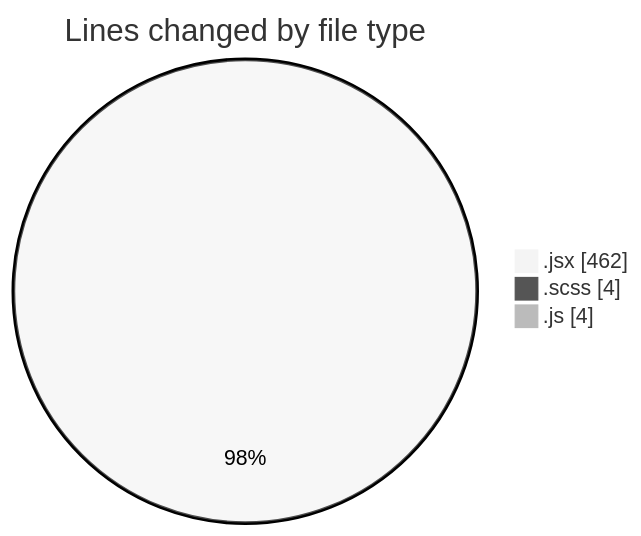
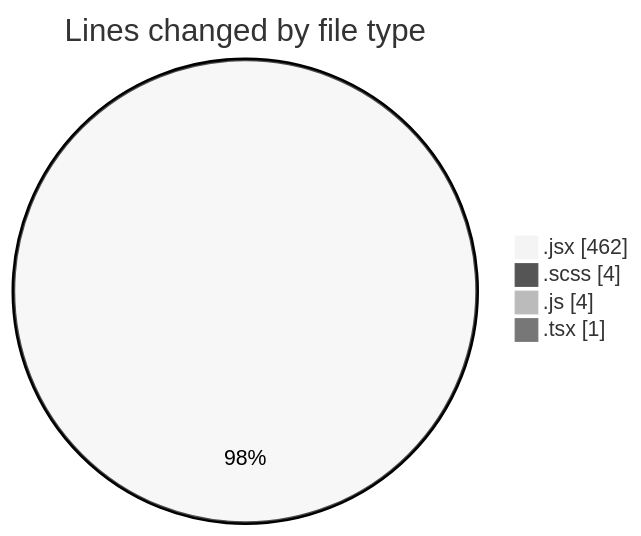
The first of 2 diagrams in 2025-06-04/cda/README.md (momahboobian/code-tracking), drawn with Mermaid (neutral theme) before and after one commit. The commit also changed other lines of this file and 1 other file, not shown here.

````diff
--- a/2025-06-04/cda/README.md
+++ b/2025-06-04/cda/README.md
@@ -23,7 +24,8 @@
 ```mermaid
 pie showData
 title Lines changed by file type
 ".jsx" : 462
 ".scss" : 4
 ".js" : 4
+".tsx" : 1
 ```
````
